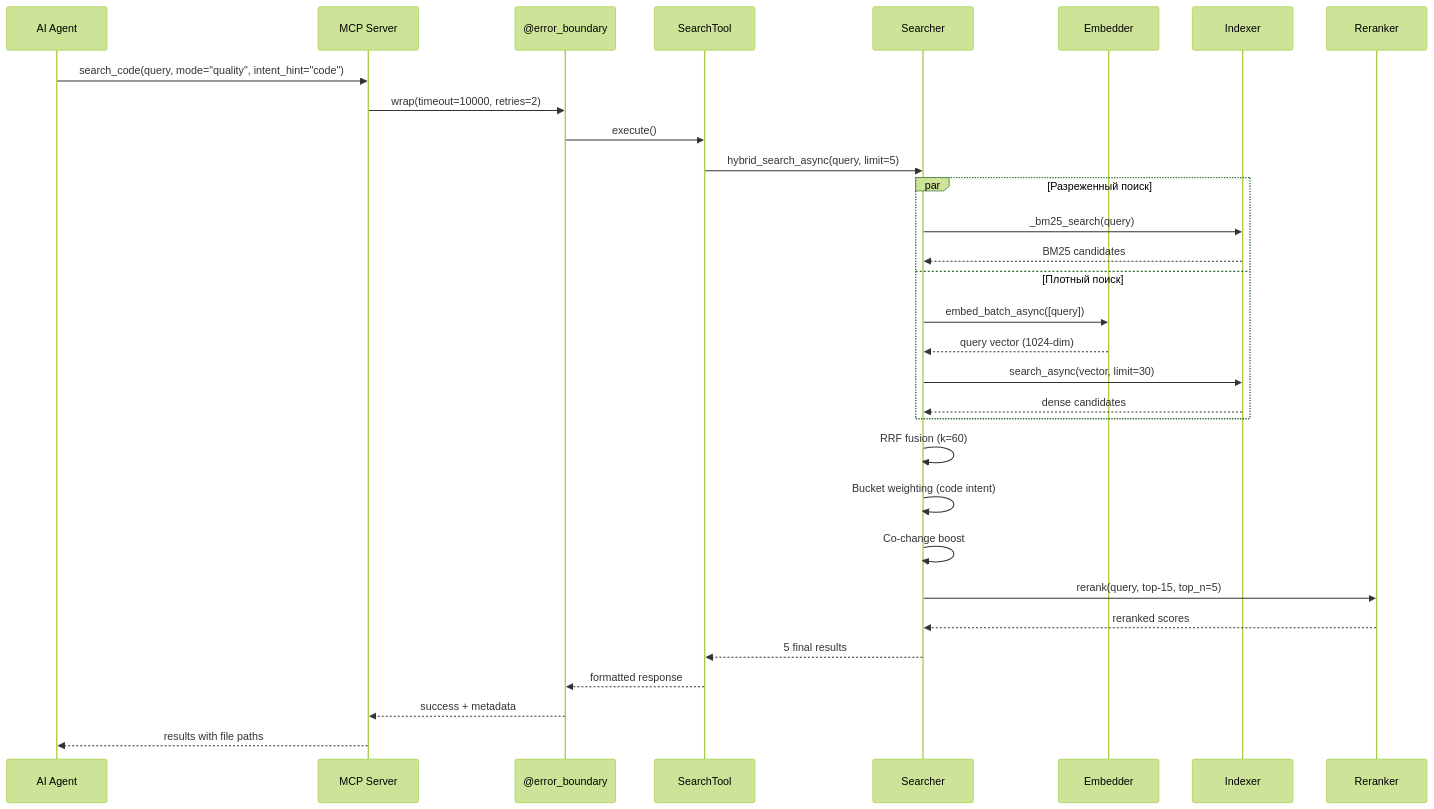
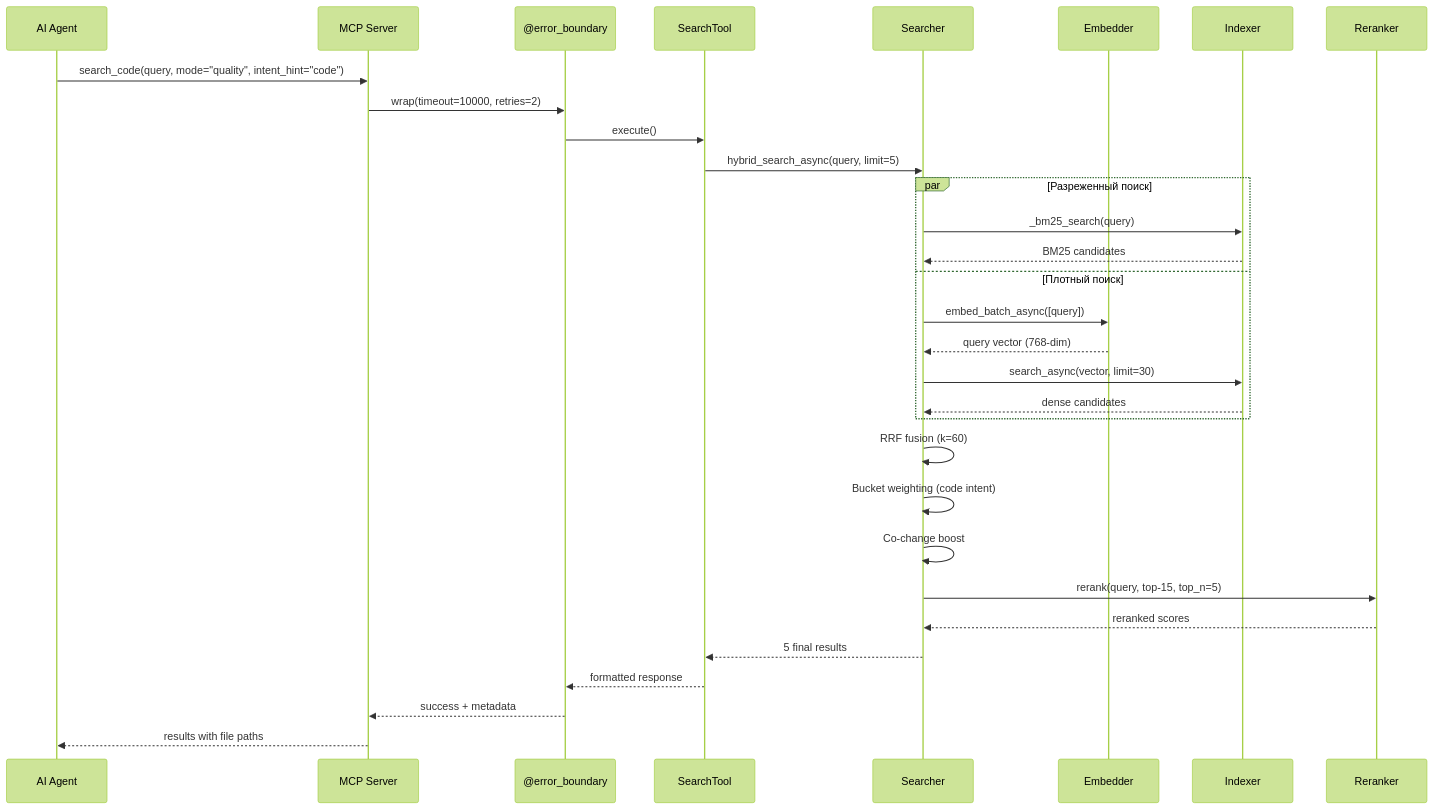
The fourth of 4 diagrams in docs/ru/SEARCH_PIPELINE.md (ManSio/mscodebase-intelligence), drawn with Mermaid (forest theme) before and after one commit. The commit also changed other lines of this file and 50 other files, not shown here.

````diff
--- a/docs/ru/SEARCH_PIPELINE.md
+++ b/docs/ru/SEARCH_PIPELINE.md
@@ -215,39 +215,39 @@
 ```mermaid
 sequenceDiagram
     participant Agent as AI Agent
     participant MCP as MCP Server
     participant EB as @error_boundary
     participant ST as SearchTool
     participant S as Searcher
     participant E as Embedder
     participant I as Indexer
     participant R as Reranker
     
     Agent->>MCP: search_code(query, mode="quality", intent_hint="code")
     MCP->>EB: wrap(timeout=10000, retries=2)
     EB->>ST: execute()
     
     ST->>S: hybrid_search_async(query, limit=5)
     
     par Разреженный поиск
         S->>I: _bm25_search(query)
         I-->>S: BM25 candidates
     and Плотный поиск
         S->>E: embed_batch_async([query])
-        E-->>S: query vector (1024-dim)
+        E-->>S: query vector (768-dim)
         S->>I: search_async(vector, limit=30)
         I-->>S: dense candidates
     end
     
     S->>S: RRF fusion (k=60)
     S->>S: Bucket weighting (code intent)
     S->>S: Co-change boost
     
     S->>R: rerank(query, top-15, top_n=5)
     R-->>S: reranked scores
     
     S-->>ST: 5 final results
     ST-->>EB: formatted response
     EB-->>MCP: success + metadata
     MCP-->>Agent: results with file paths
 ```
````
